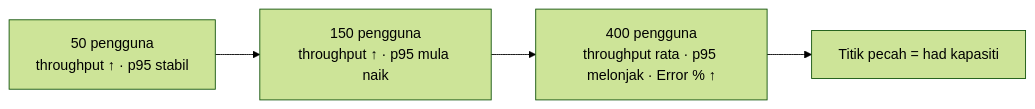
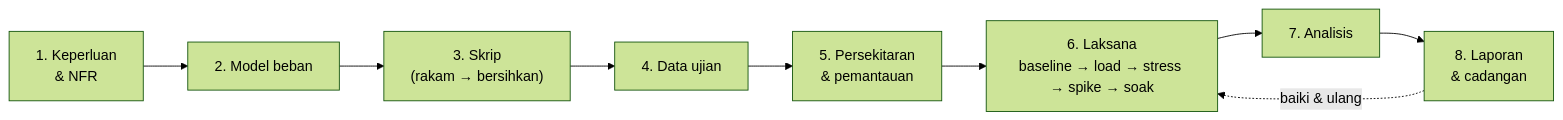
One commit to habibtalib/jmeter-2-days-training changed the second of 2 diagrams in hari-2/README.md. Above: the diagram before and after it, drawn with Mermaid (forest theme). The commit also changed other lines of this file and 4 other files, not shown here.

First line of the commit message:
feat(hari-2): fokus rakam & main balik, laporan & istilah, perancangan ujian

````diff
--- a/hari-2/README.md
+++ b/hari-2/README.md
@@ -452,6 +743,11 @@
 ```mermaid
 flowchart LR
-    A["50 pengguna<br/>throughput ↑ · p95 stabil"] --> B["150 pengguna<br/>throughput ↑ · p95 mula naik"]
-    B --> C["400 pengguna<br/>throughput rata · p95 melonjak · Error % ↑"]
-    C --> D["Titik pecah = had kapasiti"]
+    A["1. Keperluan<br/>& NFR"] --> B["2. Model beban"]
+    B --> C["3. Skrip<br/>(rakam → bersihkan)"]
+    C --> D["4. Data ujian"]
+    D --> E["5. Persekitaran<br/>& pemantauan"]
+    E --> F["6. Laksana<br/>baseline → load → stress → spike → soak"]
+    F --> G["7. Analisis"]
+    G --> H["8. Laporan<br/>& cadangan"]
+    H -.->|"baiki & ulang"| F
 ```
````
